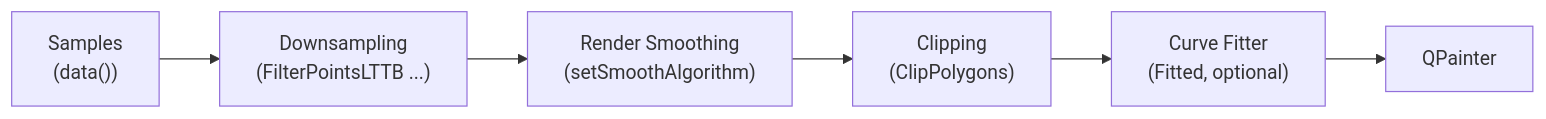
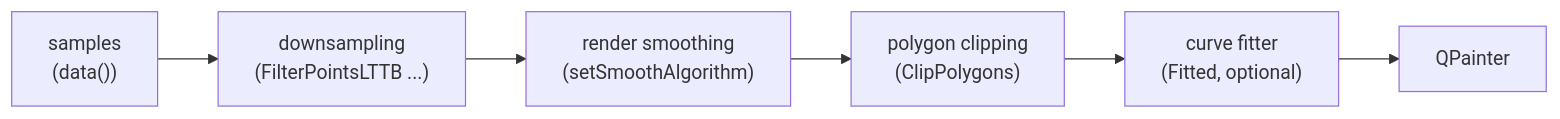
Before and after one commit to czyt1988/QWT: the second of 2 diagrams in docs/use-guide/curve-smoothing.md, drawn with Mermaid. The commit also changed other lines of this file and 20 other files, not shown here.

````diff
--- a/docs/use-guide/curve-smoothing.md
+++ b/docs/use-guide/curve-smoothing.md
@@ -15,8 +365,8 @@
 ```mermaid
 flowchart LR
-    A["Samples<br/>(data())"] --> B["Downsampling<br/>(FilterPointsLTTB ...)"]
-    B --> C["Render Smoothing<br/>(setSmoothAlgorithm)"]
-    C --> D["Clipping<br/>(ClipPolygons)"]
-    D --> E["Curve Fitter<br/>(Fitted, optional)"]
+    A["samples<br/>(data())"] --> B["downsampling<br/>(FilterPointsLTTB ...)"]
+    B --> C["render smoothing<br/>(setSmoothAlgorithm)"]
+    C --> D["polygon clipping<br/>(ClipPolygons)"]
+    D --> E["curve fitter<br/>(Fitted, optional)"]
     E --> F["QPainter"]
 ```
````
